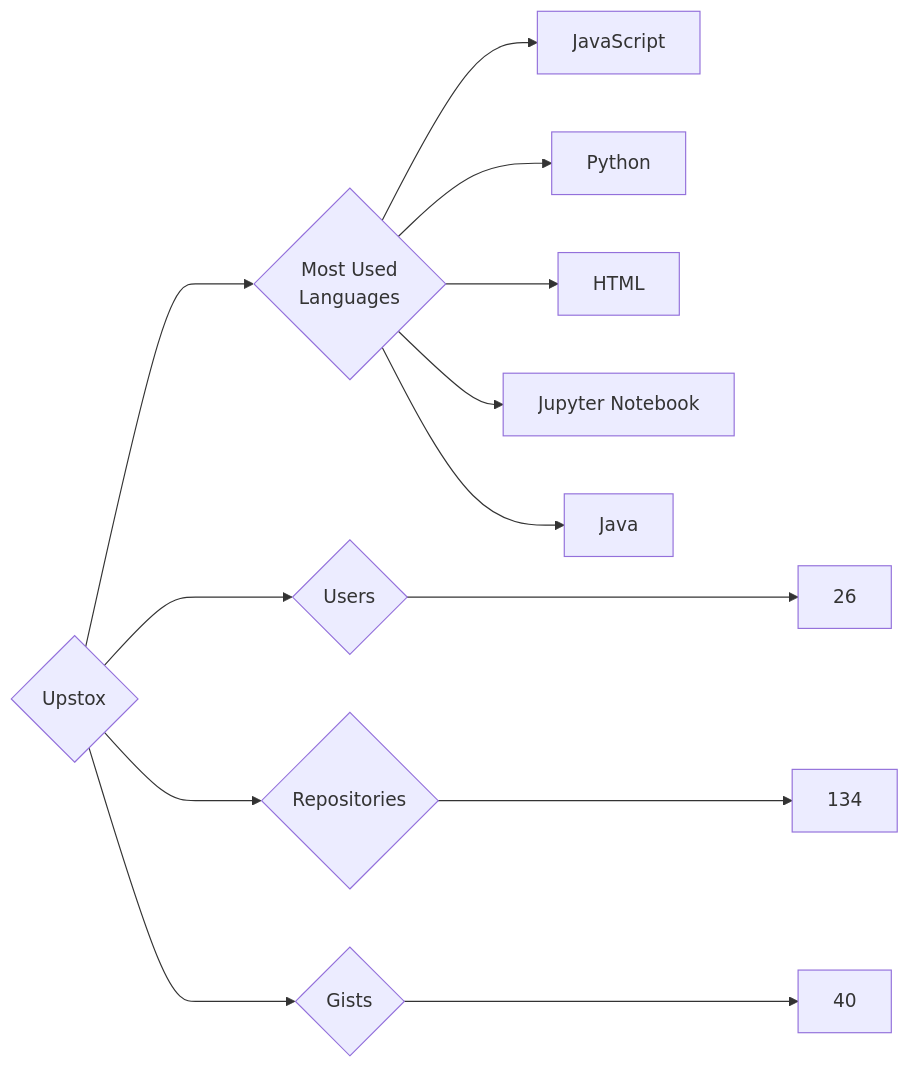
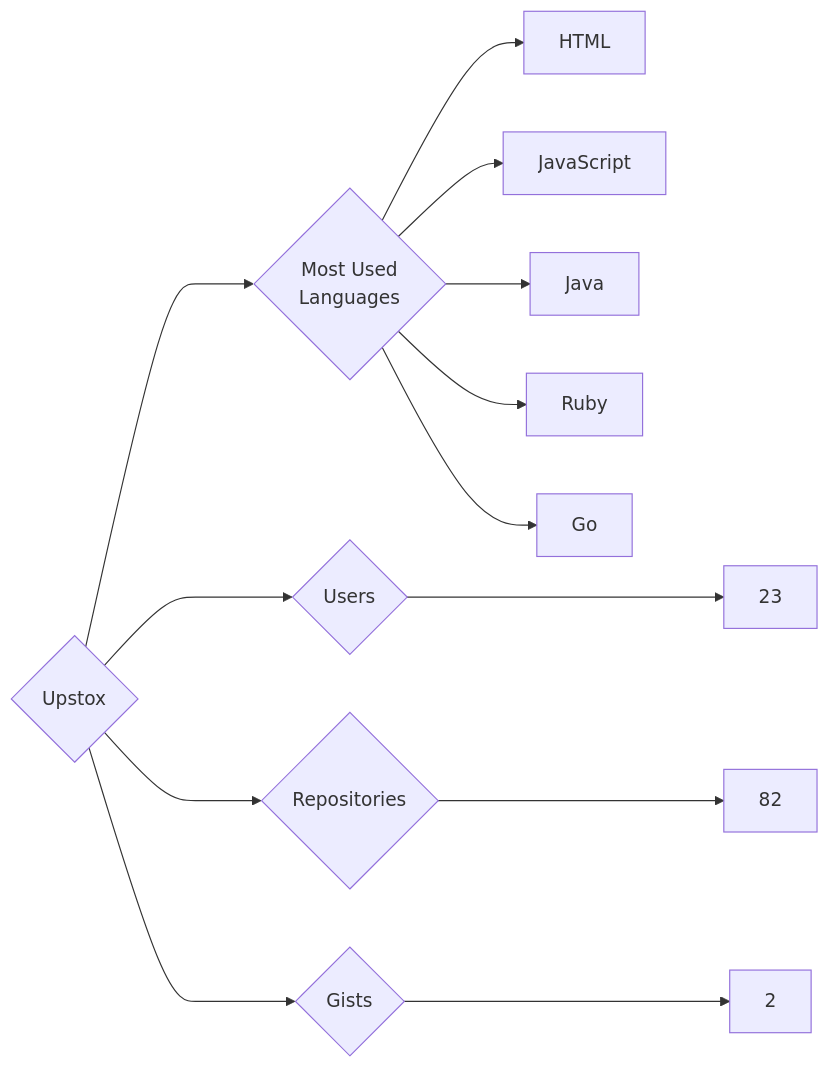
One commit to trickest/insiders changed the diagram in targets/Upstox/README.md. Above: the diagram before and after it, drawn with Mermaid. The commit also changed 715 other files, not shown here.

````diff
--- a/targets/Upstox/README.md
+++ b/targets/Upstox/README.md
@@ -3,13 +3,13 @@
 ```mermaid
 graph LR
 COMPANY_NAME{Upstox}
-COMPANY_NAME ---> U{Users} ---> UN[26]
-COMPANY_NAME ---> R{Repositories} ---> RN[134]
-COMPANY_NAME ---> G{Gists} ---> GN[40]
+COMPANY_NAME ---> U{Users} ---> UN[23]
+COMPANY_NAME ---> R{Repositories} ---> RN[82]
+COMPANY_NAME ---> G{Gists} ---> GN[2]
 COMPANY_NAME ---> ML{Most Used<br>Languages}
+ML --> HTML[HTML]
 ML --> JavaScript[JavaScript]
-ML --> Python[Python]
-ML --> HTML[HTML]
-ML --> Jupyter_Notebook[Jupyter Notebook]
 ML --> Java[Java]
+ML --> Ruby[Ruby]
+ML --> Go[Go]
 ```
````
